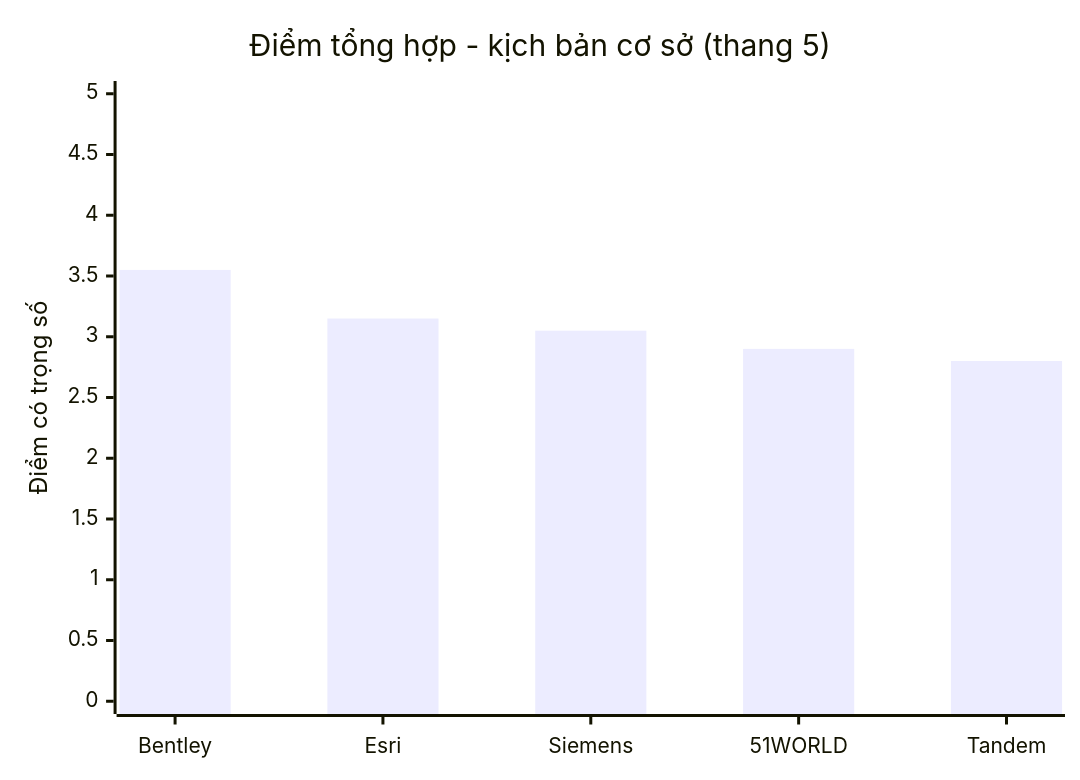
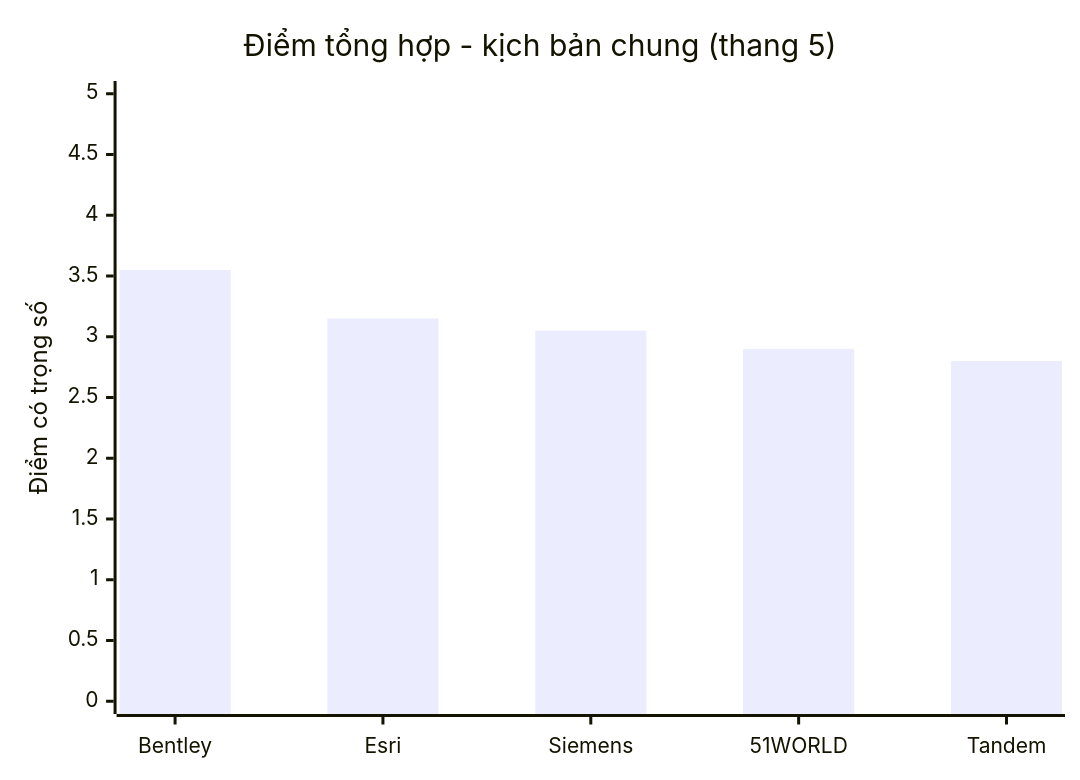
Before and after one commit to hoangtrunghieu0025-lab/internship_report: the first of 11 diagrams in bao-cao-benchmark-tong-hop-5-he-sinh-thai.md, drawn with Mermaid. The commit also changed other lines of this file, not shown here.

````diff
--- a/bao-cao-benchmark-tong-hop-5-he-sinh-thai.md
+++ b/bao-cao-benchmark-tong-hop-5-he-sinh-thai.md
@@ -38,7 +38,7 @@
 ```mermaid
 xychart-beta
-    title "Điểm tổng hợp - kịch bản cơ sở (thang 5)"
+    title "Điểm tổng hợp - kịch bản chung (thang 5)"
     x-axis ["Bentley", "Esri", "Siemens", "51WORLD", "Tandem"]
     y-axis "Điểm có trọng số" 0 --> 5
     bar [3.55, 3.15, 3.05, 2.90, 2.80]
 ```
````
